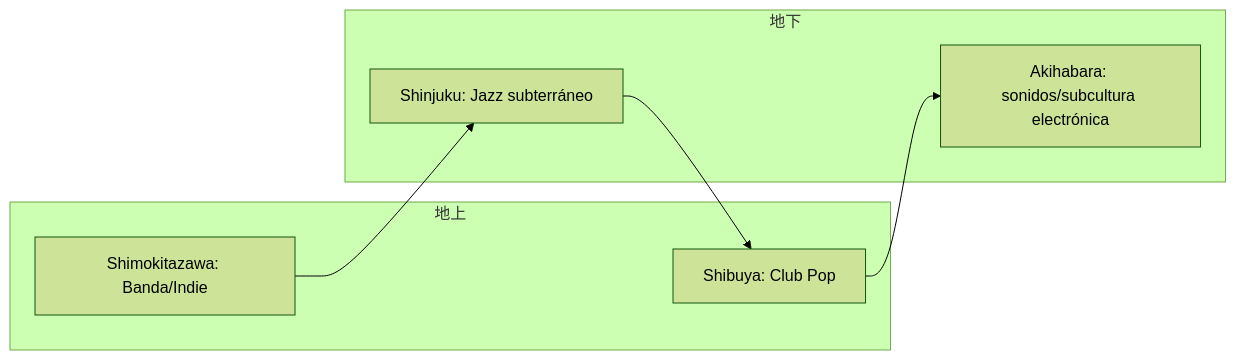
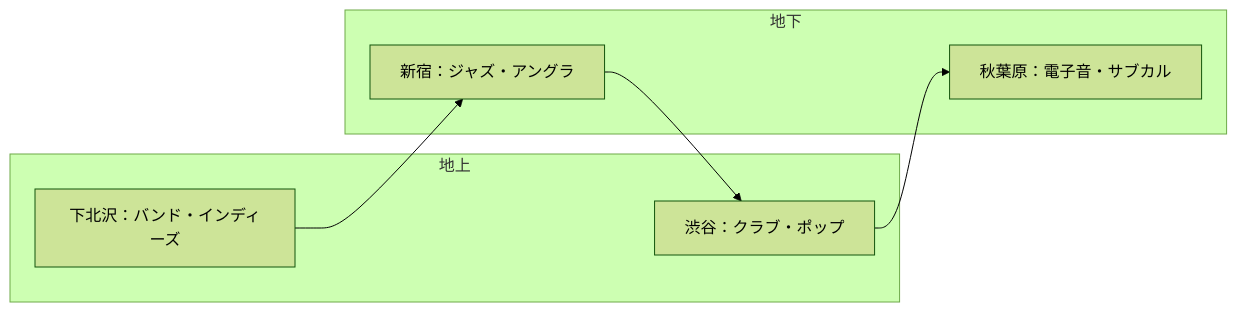
One commit to monumental-movement/monumental-movement.github.io changed the second of 2 diagrams in es/_posts/2025-10-23-column-tokyo-sound-layers.md. Above: the diagram before and after it, drawn with Mermaid (forest theme). The commit also changed other lines of this file and 299 other files, not shown here.

```diff
--- a/es/_posts/2025-10-23-column-tokyo-sound-layers.md
+++ b/es/_posts/2025-10-23-column-tokyo-sound-layers.md
@@ -153,17 +153,17 @@
 <div class="mermaid">
 
 graph LR
     subgraph 地上
-        Shibuya["Shibuya: Club Pop"]
-        Shimokita["Shimokitazawa: Banda/Indie"]
+        Shibuya["渋谷：クラブ・ポップ"]
+        Shimokita["下北沢：バンド・インディーズ"]
     end
     subgraph 地下
-        Shinjuku["Shinjuku: Jazz subterráneo"]
-        Akiba["Akihabara: sonidos/subcultura electrónica"]
+        Shinjuku["新宿：ジャズ・アングラ"]
+        Akiba["秋葉原：電子音・サブカル"]
     end
 
     Shibuya --> Akiba
     Shimokita --> Shinjuku
     Shinjuku --> Shibuya
 
 </div>
```
